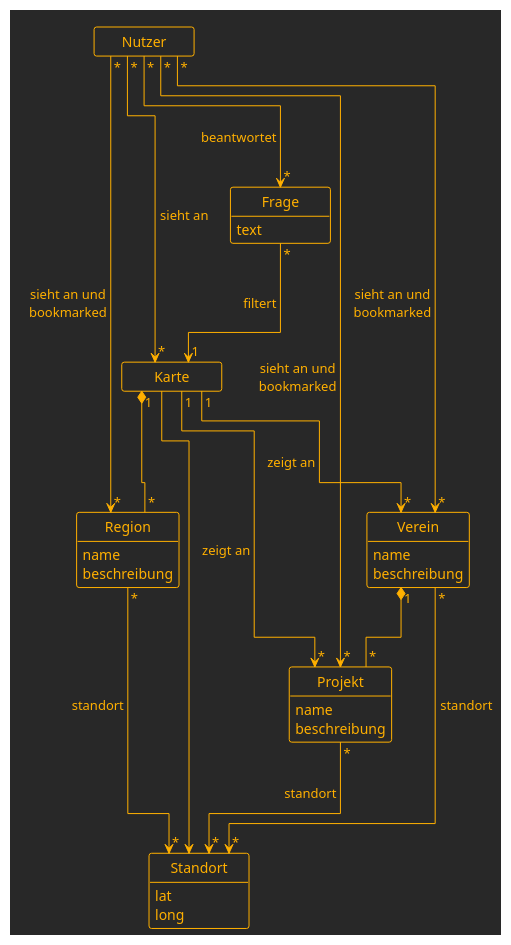
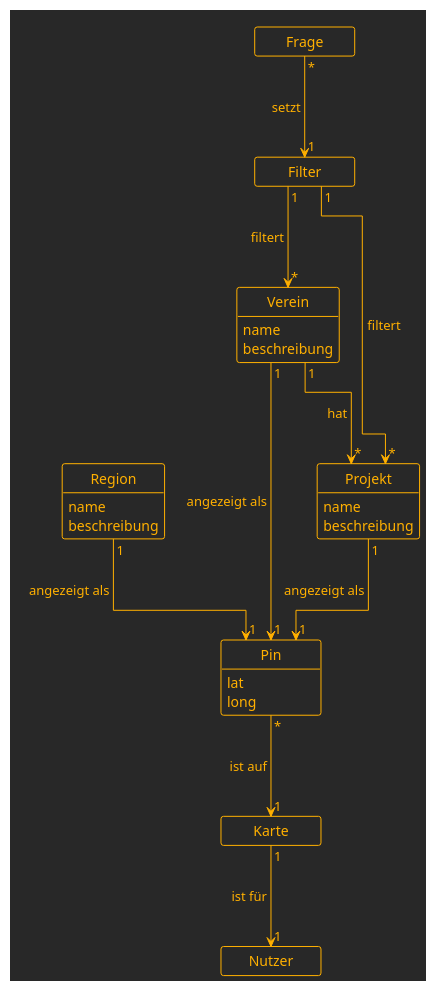
The diagram in artifact/domain_model.plantuml (SaplingSquad/SoftwareEngineering-WS2025-SaplingSquad), drawn with PlantUML before and after one commit. The commit also changed other lines of this file, not shown here.

Commit message:
docs(artifact): adjust domain model

```diff
--- a/artifact/domain_model.plantuml
+++ b/artifact/domain_model.plantuml
@@ -1,56 +1,48 @@
 @startuml DomainModel
 
 	!theme crt-amber
 	skinparam ArrowFontColor #FFB000
 	hide circle
 	hide empty methods
 	hide empty attributes
 
 	!pragma layout elk
 
 	skinparam nodesep 200
 	skinparam ranksep 200
 	skinparam minClassWidth 100
 
-	class Standort
-	Standort : lat
-	Standort : long
-	Karte --> Standort
+	class Nutzer
+
+	class Karte
+	Karte "1" --> "1" Nutzer: ist für
+
+	class Pin
+	Pin : lat
+	Pin : long
+	Pin "*" --> "1" Karte : ist auf
 
 	class Projekt
 	Projekt : name
 	Projekt : beschreibung
-	Projekt "*" --> "*" Standort : standort
+	Projekt "1" --> "1" Pin : angezeigt als
 
 	class Verein
 	Verein : name
 	Verein : beschreibung
-	Verein "*" --> "*" Standort : standort
-
-	Verein "1" *-- "*" Projekt
+	Verein "1" --> "1" Pin : angezeigt als
+	Verein "1" --> "*" Projekt : hat
 
 	class Region
 	Region : name
 	Region : beschreibung
-	Region "*" --> "*" Standort : standort
-
-	class Karte
-
-	Karte "1" --> "*" Verein : zeigt an
-	Karte "1" --> "*" Projekt : zeigt an
-	Karte "1" *-- "*" Region
+	Region "1" --> "1" Pin : angezeigt als
 
 	class Frage
-	Frage : text
+	Frage "*" --> "1" Filter : setzt
 
-	Frage "*" --> "1" Karte : filtert
-	
-	class Nutzer
-
-	Nutzer "*" --> "*" Karte : sieht an
-	Nutzer "*" --> "*" Verein : sieht an und\nbookmarked
-	Nutzer "*" --> "*" Projekt : sieht an und\nbookmarked
-	Nutzer "*" --> "*" Region : sieht an und\nbookmarked
-	Nutzer "*" --> "*" Frage : beantwortet
+	class Filter
+	Filter "1" --> "*" Projekt : filtert
+	Filter "1" --> "*" Verein : filtert
 
 @enduml
```
